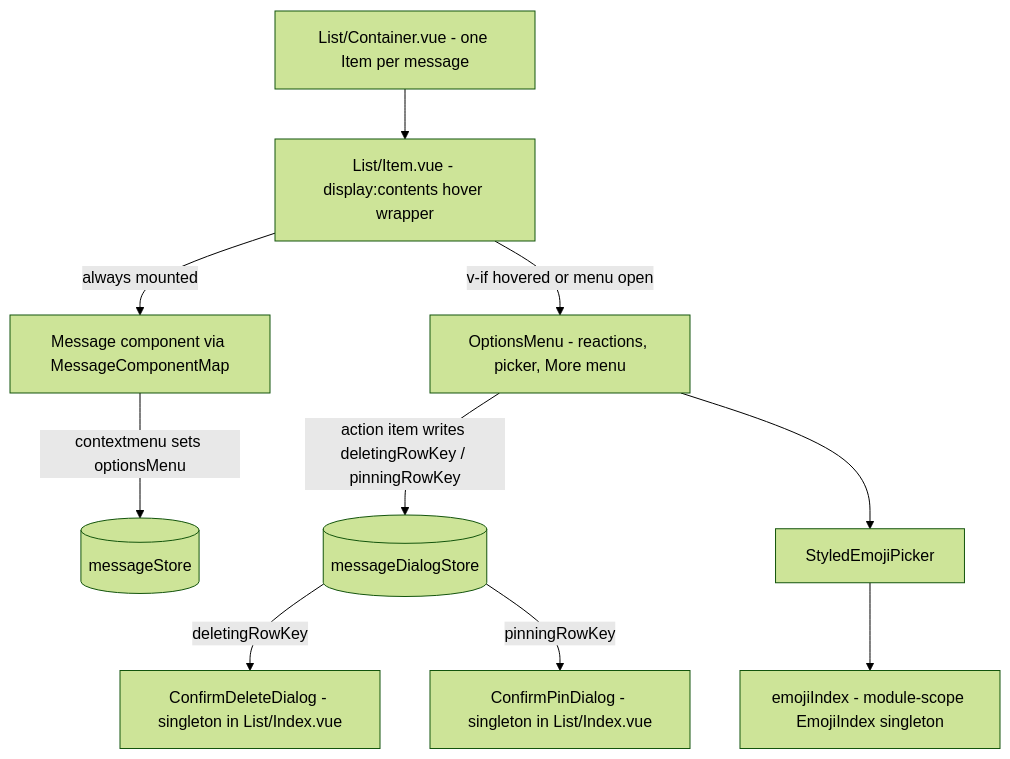
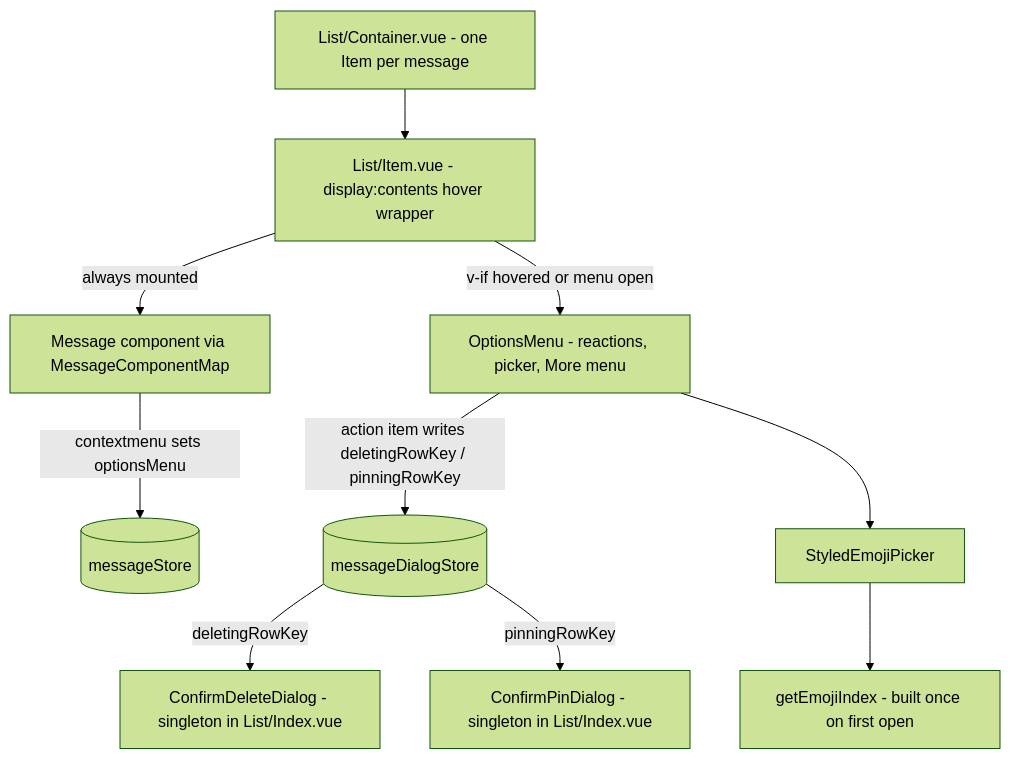
One commit to Esposter/Esposter changed the first of 2 diagrams in packages/app/content/docs/esbabbler/message-list-rendering.md. Above: the diagram before and after it, drawn with Mermaid (forest theme). The commit also changed other lines of this file and 53 other files, not shown here.

````diff
--- a/packages/app/content/docs/esbabbler/message-list-rendering.md
+++ b/packages/app/content/docs/esbabbler/message-list-rendering.md
@@ -18,12 +18,12 @@
 ```mermaid
 flowchart TD
     C[List/Container.vue - one Item per message] --> I[List/Item.vue - display:contents hover wrapper]
     I -->|always mounted| M[Message component via MessageComponentMap]
     I -->|v-if hovered or menu open| O[OptionsMenu - reactions, picker, More menu]
     M -->|contextmenu sets optionsMenu| S[(messageStore)]
     O -->|action item writes deletingRowKey / pinningRowKey| DS[(messageDialogStore)]
     DS -->|deletingRowKey| D[ConfirmDeleteDialog - singleton in List/Index.vue]
     DS -->|pinningRowKey| P[ConfirmPinDialog - singleton in List/Index.vue]
     O --> E[StyledEmojiPicker]
-    E --> X[emojiIndex - module-scope EmojiIndex singleton]
+    E --> X[getEmojiIndex - built once on first open]
 ```
````
